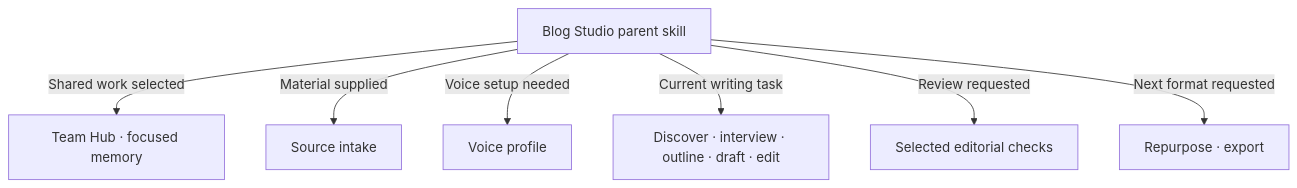
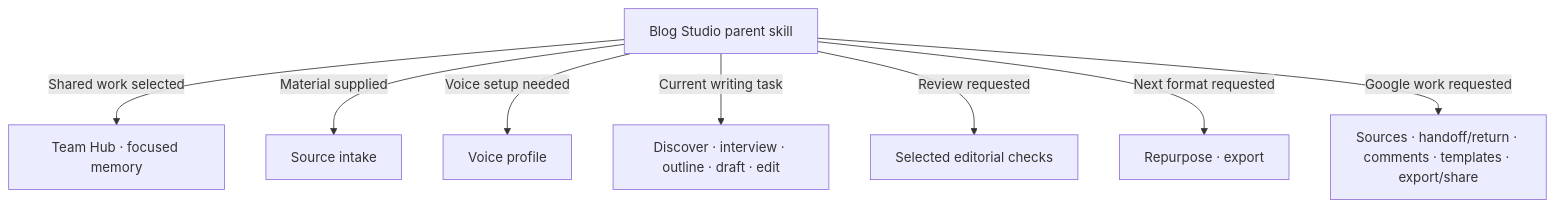
One commit to dbbaskette/marketing-studio changed the diagram in studios/blog/README.md. Above: the diagram before and after it, drawn with Mermaid. The commit also changed other lines of this file and 40 other files, not shown here.

````diff
--- a/studios/blog/README.md
+++ b/studios/blog/README.md
@@ -38,10 +38,11 @@
 ```mermaid
 flowchart TD
     P[Blog Studio parent skill]
     P -->|Shared work selected| H[Team Hub · focused memory]
     P -->|Material supplied| S[Source intake]
     P -->|Voice setup needed| V[Voice profile]
     P -->|Current writing task| W[Discover · interview · outline · draft · edit]
     P -->|Review requested| R[Selected editorial checks]
     P -->|Next format requested| F[Repurpose · export]
+    P -->|Google work requested| G[Sources · handoff/return · comments · templates · export/share]
 ```
````
